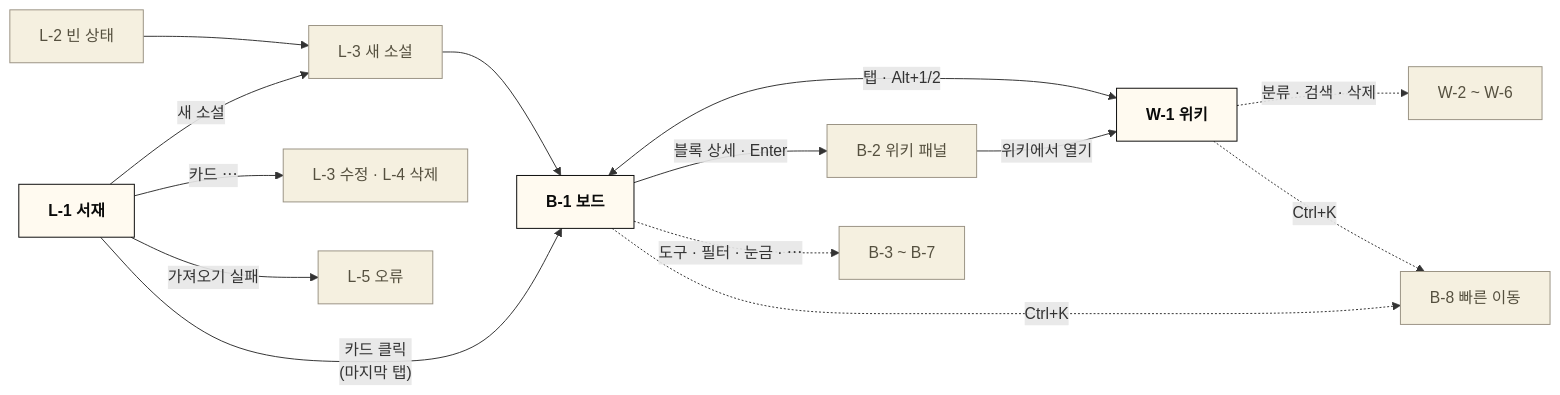
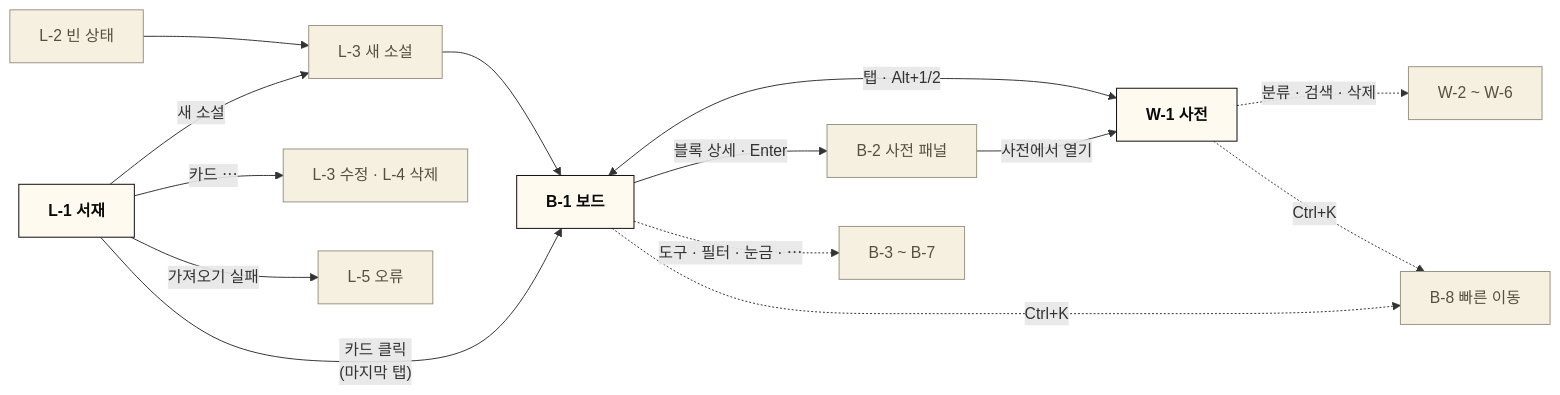
One commit to kty2001/NovelStory changed the diagram in docs/design/wireframe.md. Above: the diagram before and after it, drawn with Mermaid. The commit also changed other lines of this file and 17 other files, not shown here.

````diff
--- a/docs/design/wireframe.md
+++ b/docs/design/wireframe.md
@@ -12,20 +12,20 @@
 ```mermaid
 %%{init: {"flowchart": {"wrappingWidth": 320}}}%%
 flowchart LR
     EMPTY["L-2 빈 상태"]:::sub --> NEW
     LIB["<b>L-1 서재</b>"] -->|"새 소설"| NEW["L-3 새 소설"]:::sub
     LIB -->|"카드 ⋯"| DEL["L-3 수정 · L-4 삭제"]:::sub
     LIB -->|"가져오기 실패"| ERR["L-5 오류"]:::sub
     NEW --> BOARD
     LIB -->|"카드 클릭<br/>(마지막 탭)"| BOARD["<b>B-1 보드</b>"]
-    BOARD <-->|"탭 · Alt+1/2"| WIKI["<b>W-1 위키</b>"]
-    BOARD -->|"블록 상세 · Enter"| PANEL["B-2 위키 패널"]:::sub
-    PANEL -->|"위키에서 열기"| WIKI
+    BOARD <-->|"탭 · Alt+1/2"| WIKI["<b>W-1 사전</b>"]
+    BOARD -->|"블록 상세 · Enter"| PANEL["B-2 사전 패널"]:::sub
+    PANEL -->|"사전에서 열기"| WIKI
     BOARD -.->|"도구 · 필터 · 눈금 · ⋯"| BSUB["B-3 ~ B-7"]:::sub
     WIKI -.->|"분류 · 검색 · 삭제"| WSUB["W-2 ~ W-6"]:::sub
     BOARD -.->|"Ctrl+K"| QK["B-8 빠른 이동"]:::sub
     WIKI -.->|"Ctrl+K"| QK
 
     classDef default fill:#fffaf0,stroke:#0a0a0a,color:#0a0a0a
     classDef sub fill:#f5f0e0,stroke:#9a9384,color:#55503f
 ```
````
